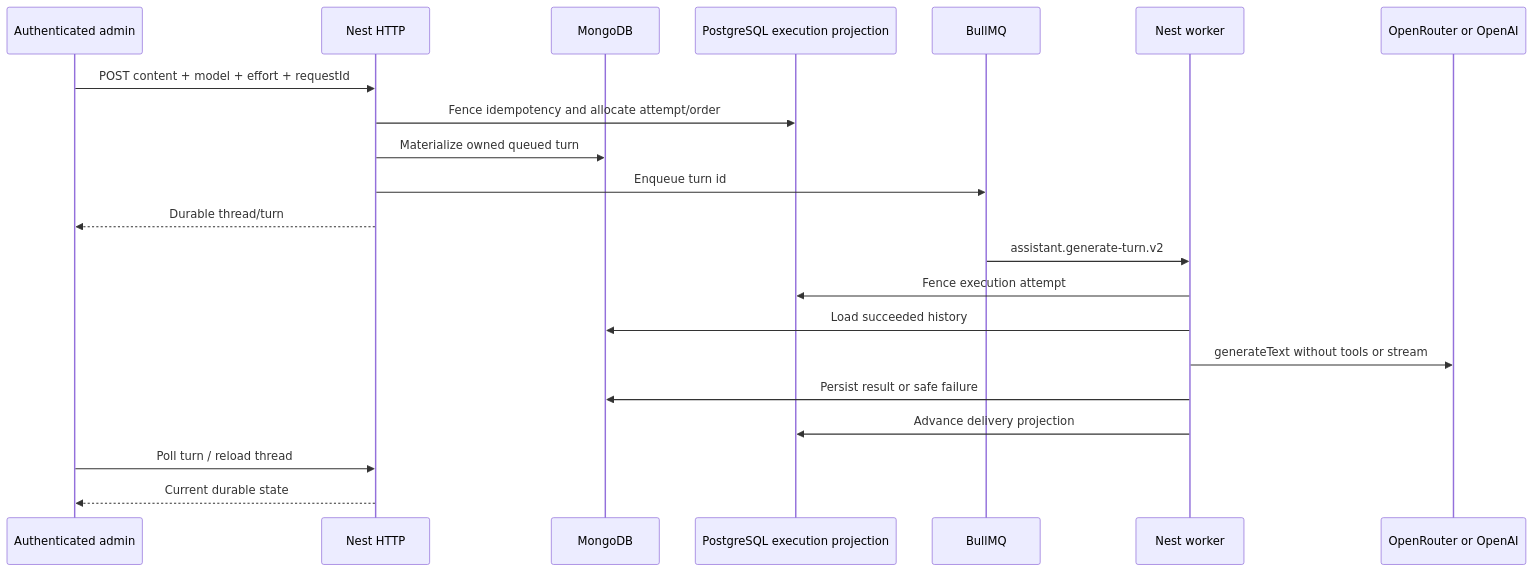
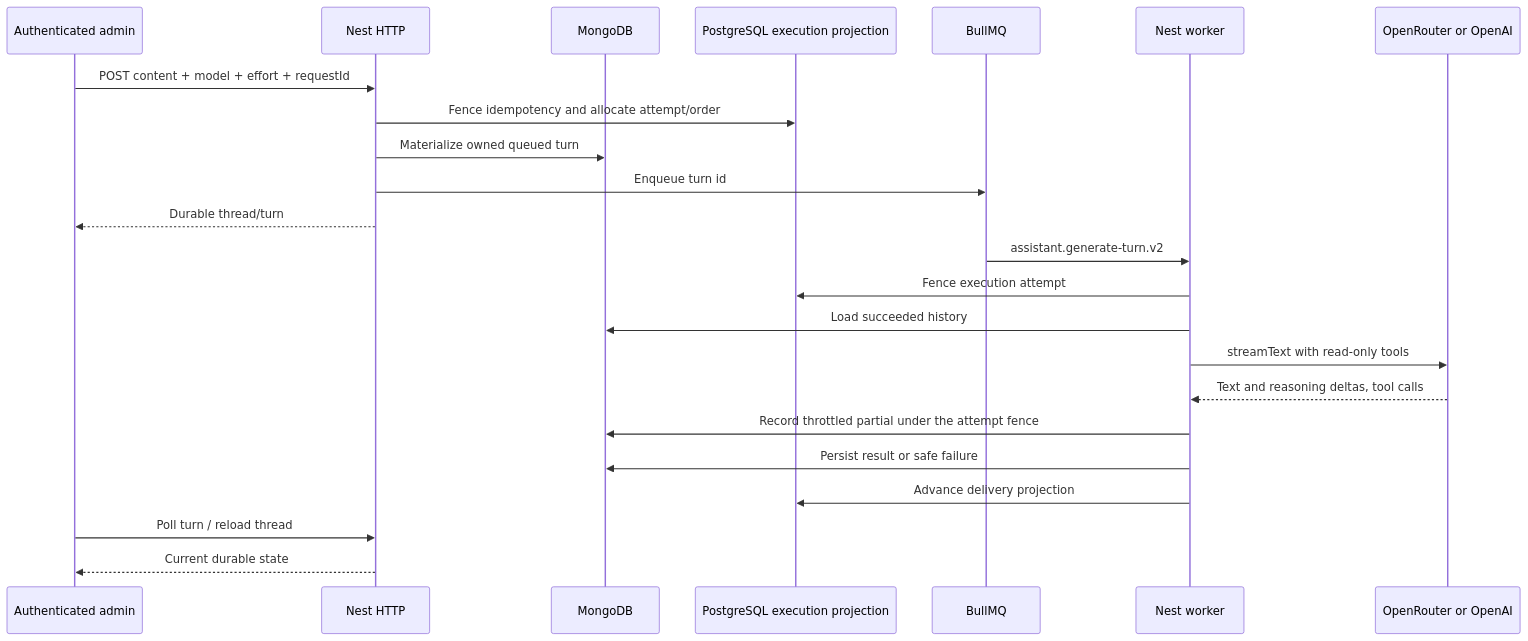
The diagram in docs/backend/modules/assistant.md (johnakisk0700/slopform), drawn with Mermaid before and after one commit. The commit also changed other lines of this file and 47 other files, not shown here.

````diff
--- a/docs/backend/modules/assistant.md
+++ b/docs/backend/modules/assistant.md
@@ -104,24 +113,26 @@
 ```mermaid
 sequenceDiagram
   participant Admin as Authenticated admin
   participant API as Nest HTTP
   participant Mongo as MongoDB
   participant DB as PostgreSQL execution projection
   participant Queue as BullMQ
   participant Worker as Nest worker
   participant Model as OpenRouter or OpenAI
 
   Admin->>API: POST content + model + effort + requestId
   API->>DB: Fence idempotency and allocate attempt/order
   API->>Mongo: Materialize owned queued turn
   API->>Queue: Enqueue turn id
   API-->>Admin: Durable thread/turn
   Queue->>Worker: assistant.generate-turn.v2
   Worker->>DB: Fence execution attempt
   Worker->>Mongo: Load succeeded history
-  Worker->>Model: generateText without tools or stream
+  Worker->>Model: streamText with read-only tools
+  Model-->>Worker: Text and reasoning deltas, tool calls
+  Worker->>Mongo: Record throttled partial under the attempt fence
   Worker->>Mongo: Persist result or safe failure
   Worker->>DB: Advance delivery projection
   Admin->>API: Poll turn / reload thread
   API-->>Admin: Current durable state
 ```
````
